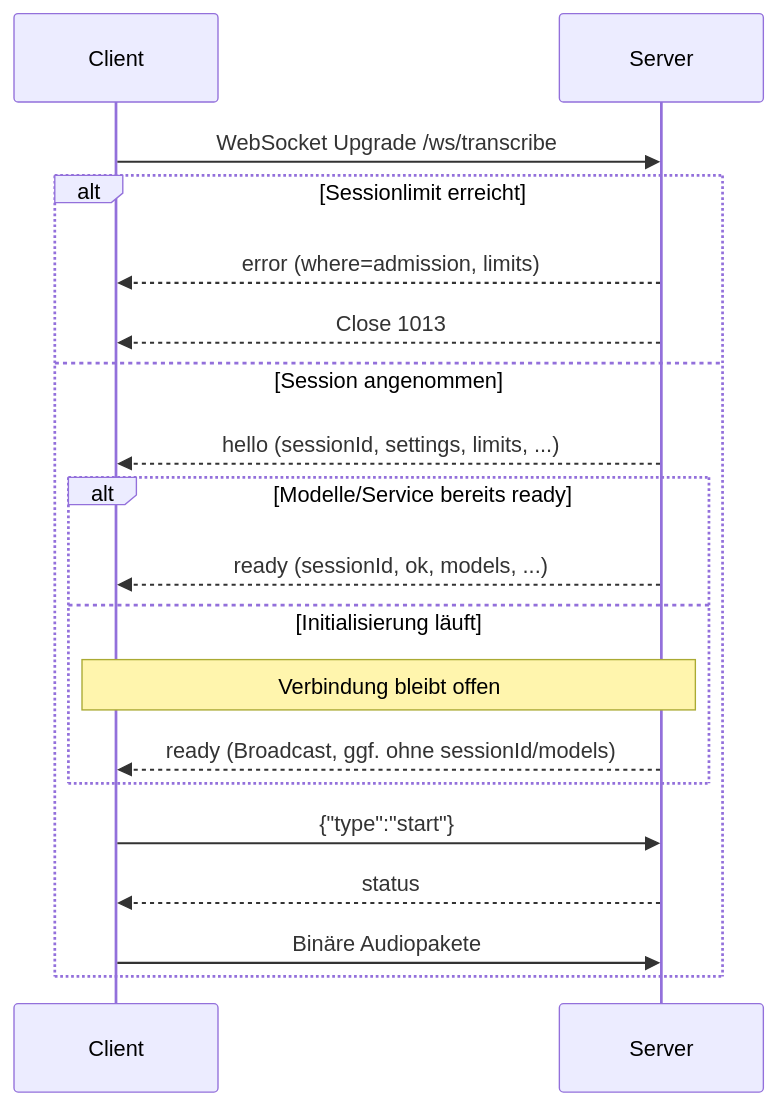
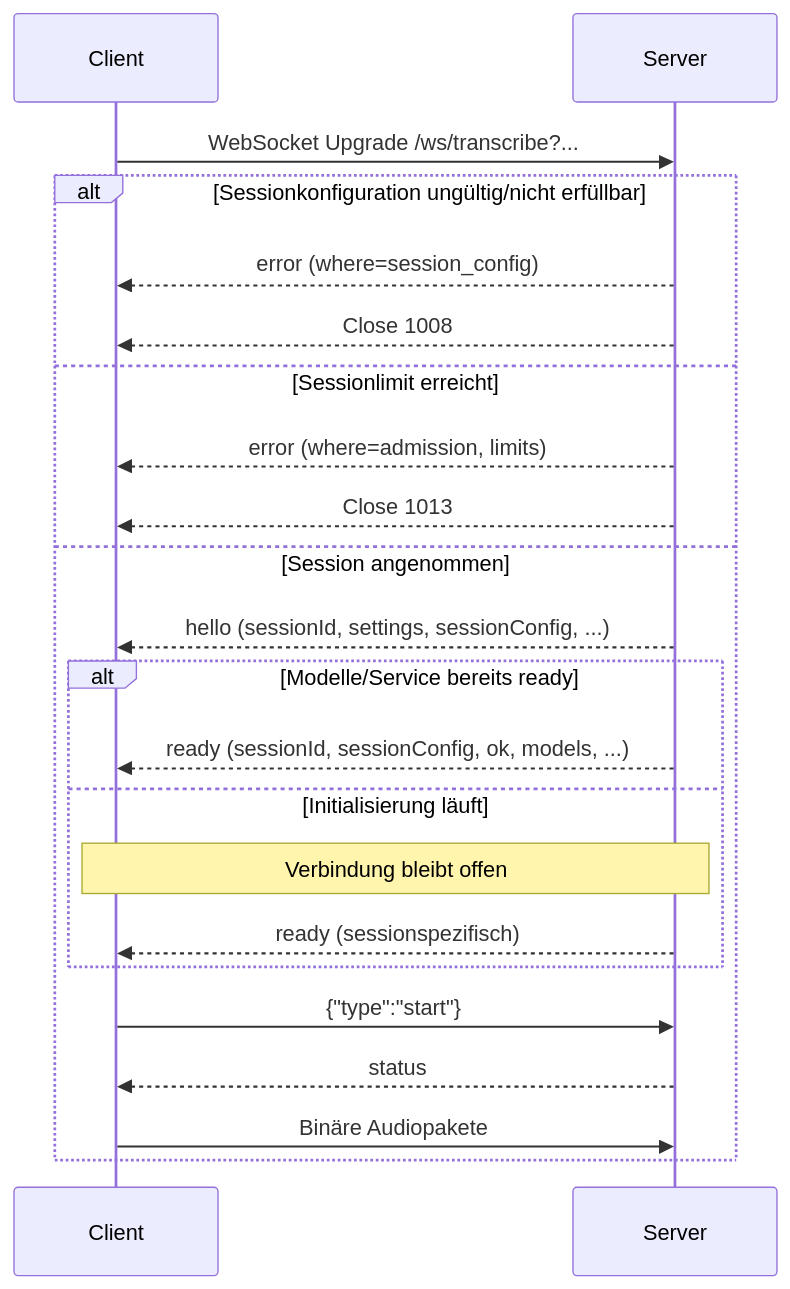
One commit to marcosudau-vps/voice-stt-server changed the first of 2 diagrams in docs/client-development/02-websocket-protokoll.md. Above: the diagram before and after it, drawn with Mermaid. The commit also changed other lines of this file and 22 other files, not shown here.

````diff
--- a/docs/client-development/02-websocket-protokoll.md
+++ b/docs/client-development/02-websocket-protokoll.md
@@ -29,21 +29,24 @@
 ```mermaid
 sequenceDiagram
     participant C as Client
     participant S as Server
-    C->>S: WebSocket Upgrade /ws/transcribe
-    alt Sessionlimit erreicht
+    C->>S: WebSocket Upgrade /ws/transcribe?...
+    alt Sessionkonfiguration ungültig/nicht erfüllbar
+        S-->>C: error (where=session_config)
+        S-->>C: Close 1008
+    else Sessionlimit erreicht
         S-->>C: error (where=admission, limits)
         S-->>C: Close 1013
     else Session angenommen
-        S-->>C: hello (sessionId, settings, limits, ...)
+        S-->>C: hello (sessionId, settings, sessionConfig, ...)
         alt Modelle/Service bereits ready
-            S-->>C: ready (sessionId, ok, models, ...)
+            S-->>C: ready (sessionId, sessionConfig, ok, models, ...)
         else Initialisierung läuft
             Note over C,S: Verbindung bleibt offen
-            S-->>C: ready (Broadcast, ggf. ohne sessionId/models)
+            S-->>C: ready (sessionspezifisch)
         end
         C->>S: {"type":"start"}
         S-->>C: status
         C->>S: Binäre Audiopakete
     end
 ```
````
